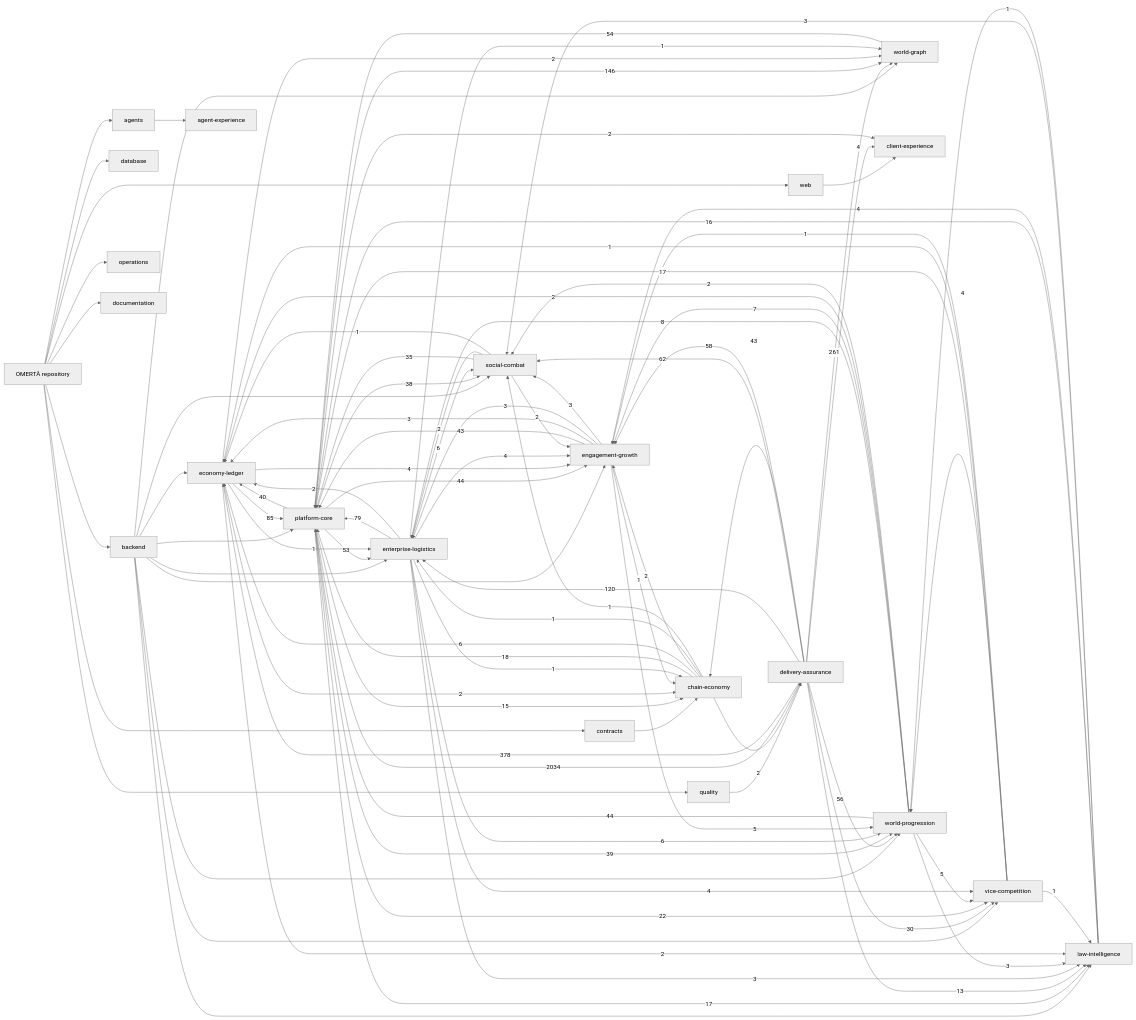
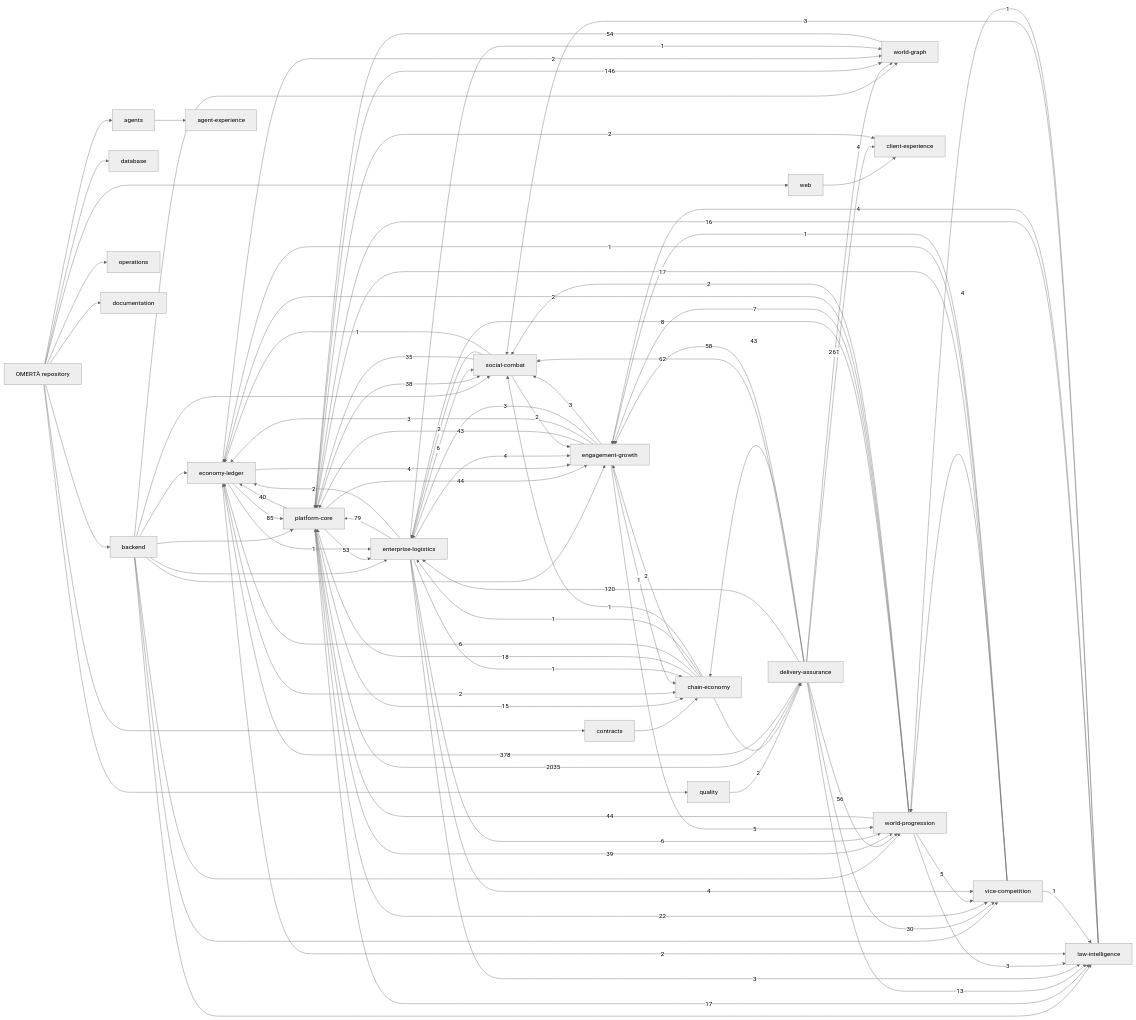
One commit to OmertaDev/Omerta changed the diagram in knowledge/generated/graph.mmd. Above: the diagram before and after it, drawn with Mermaid (neutral theme). The commit also changed 5 other files, not shown here.

```diff
--- a/knowledge/generated/graph.mmd
+++ b/knowledge/generated/graph.mmd
@@ -1,113 +1,113 @@
 flowchart LR
   repo["OMERTÀ repository"]
   sub_backend["backend"]
   repo --> sub_backend
   sub_database["database"]
   repo --> sub_database
   sub_web["web"]
   repo --> sub_web
   sub_contracts["contracts"]
   repo --> sub_contracts
   sub_agents["agents"]
   repo --> sub_agents
   sub_quality["quality"]
   repo --> sub_quality
   sub_operations["operations"]
   repo --> sub_operations
   sub_documentation["documentation"]
   repo --> sub_documentation
   dom_platform-core["platform-core"]
   dom_economy-ledger["economy-ledger"]
   dom_social-combat["social-combat"]
   dom_world-progression["world-progression"]
   dom_world-graph["world-graph"]
   dom_enterprise-logistics["enterprise-logistics"]
   dom_vice-competition["vice-competition"]
   dom_law-intelligence["law-intelligence"]
   dom_chain-economy["chain-economy"]
   dom_engagement-growth["engagement-growth"]
   dom_client-experience["client-experience"]
   dom_agent-experience["agent-experience"]
   dom_delivery-assurance["delivery-assurance"]
   sub_agents --> dom_agent-experience
   sub_backend --> dom_economy-ledger
   sub_backend --> dom_engagement-growth
   sub_backend --> dom_enterprise-logistics
   sub_backend --> dom_law-intelligence
   sub_backend --> dom_platform-core
   sub_backend --> dom_social-combat
   sub_backend --> dom_vice-competition
   sub_backend --> dom_world-graph
   sub_backend --> dom_world-progression
   sub_contracts --> dom_chain-economy
   sub_quality --> dom_delivery-assurance
   sub_web --> dom_client-experience
-  dom_delivery-assurance -->|2034| dom_platform-core
+  dom_delivery-assurance -->|2035| dom_platform-core
   dom_delivery-assurance -->|378| dom_economy-ledger
   dom_delivery-assurance -->|261| dom_world-graph
   dom_platform-core -->|146| dom_world-graph
   dom_delivery-assurance -->|120| dom_enterprise-logistics
   dom_economy-ledger -->|85| dom_platform-core
   dom_enterprise-logistics -->|79| dom_platform-core
   dom_delivery-assurance -->|62| dom_social-combat
   dom_delivery-assurance -->|58| dom_engagement-growth
   dom_delivery-assurance -->|56| dom_world-progression
   dom_world-graph -->|54| dom_platform-core
   dom_platform-core -->|53| dom_enterprise-logistics
   dom_platform-core -->|44| dom_engagement-growth
   dom_world-progression -->|44| dom_platform-core
   dom_delivery-assurance -->|43| dom_chain-economy
   dom_engagement-growth -->|43| dom_platform-core
   dom_platform-core -->|40| dom_economy-ledger
   dom_platform-core -->|39| dom_world-progression
   dom_platform-core -->|38| dom_social-combat
   dom_social-combat -->|35| dom_platform-core
   dom_delivery-assurance -->|30| dom_vice-competition
   dom_platform-core -->|22| dom_vice-competition
   dom_chain-economy -->|18| dom_platform-core
   dom_platform-core -->|17| dom_law-intelligence
   dom_vice-competition -->|17| dom_platform-core
   dom_law-intelligence -->|16| dom_platform-core
   dom_platform-core -->|15| dom_chain-economy
   dom_delivery-assurance -->|13| dom_law-intelligence
   dom_world-progression -->|8| dom_enterprise-logistics
   dom_world-progression -->|7| dom_engagement-growth
   dom_chain-economy -->|6| dom_economy-ledger
   dom_enterprise-logistics -->|6| dom_social-combat
   dom_enterprise-logistics -->|6| dom_world-progression
   dom_engagement-growth -->|5| dom_world-progression
   dom_world-progression -->|5| dom_vice-competition
   dom_delivery-assurance -->|4| dom_client-experience
   dom_economy-ledger -->|4| dom_engagement-growth
   dom_enterprise-logistics -->|4| dom_engagement-growth
   dom_enterprise-logistics -->|4| dom_vice-competition
   dom_law-intelligence -->|4| dom_engagement-growth
   dom_vice-competition -->|4| dom_world-progression
   dom_engagement-growth -->|3| dom_economy-ledger
   dom_engagement-growth -->|3| dom_enterprise-logistics
   dom_engagement-growth -->|3| dom_social-combat
   dom_enterprise-logistics -->|3| dom_law-intelligence
   dom_law-intelligence -->|3| dom_social-combat
   dom_world-progression -->|3| dom_law-intelligence
   dom_chain-economy -->|2| dom_delivery-assurance
   dom_chain-economy -->|2| dom_engagement-growth
   dom_economy-ledger -->|2| dom_chain-economy
   dom_economy-ledger -->|2| dom_law-intelligence
   dom_economy-ledger -->|2| dom_world-graph
   dom_enterprise-logistics -->|2| dom_economy-ledger
   dom_platform-core -->|2| dom_client-experience
   dom_social-combat -->|2| dom_engagement-growth
   dom_social-combat -->|2| dom_enterprise-logistics
   dom_world-progression -->|2| dom_economy-ledger
   dom_world-progression -->|2| dom_social-combat
   dom_chain-economy -->|1| dom_enterprise-logistics
   dom_chain-economy -->|1| dom_social-combat
   dom_economy-ledger -->|1| dom_enterprise-logistics
   dom_engagement-growth -->|1| dom_chain-economy
   dom_enterprise-logistics -->|1| dom_chain-economy
   dom_enterprise-logistics -->|1| dom_world-graph
   dom_law-intelligence -->|1| dom_world-progression
   dom_social-combat -->|1| dom_economy-ledger
   dom_vice-competition -->|1| dom_economy-ledger
   dom_vice-competition -->|1| dom_engagement-growth
   dom_vice-competition -->|1| dom_law-intelligence
```
